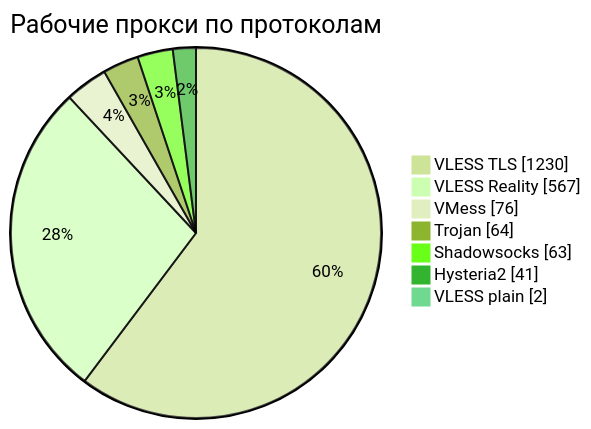
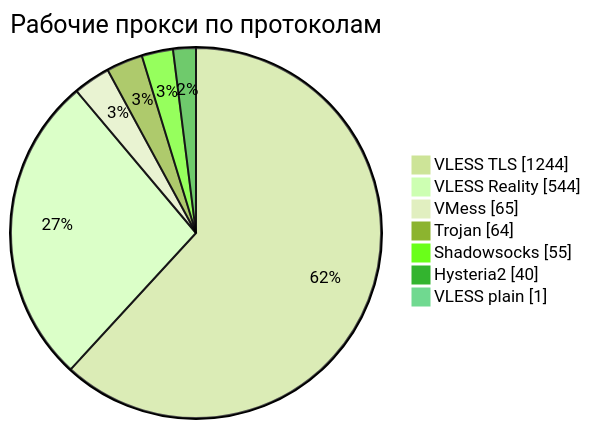
The third of 4 diagrams in README.md (rvvg/proxy-subs), drawn with Mermaid (forest theme) before and after one commit. The commit also changed other lines of this file and 49 other files, not shown here.

````diff
--- a/README.md
+++ b/README.md
@@ -140,11 +140,11 @@
 ```mermaid
 pie showData
     title Рабочие прокси по протоколам
-    "VLESS TLS" : 1230
-    "VLESS Reality" : 567
-    "VMess" : 76
+    "VLESS TLS" : 1244
+    "VLESS Reality" : 544
+    "VMess" : 65
     "Trojan" : 64
-    "Shadowsocks" : 63
-    "Hysteria2" : 41
-    "VLESS plain" : 2
+    "Shadowsocks" : 55
+    "Hysteria2" : 40
+    "VLESS plain" : 1
 ```
````
